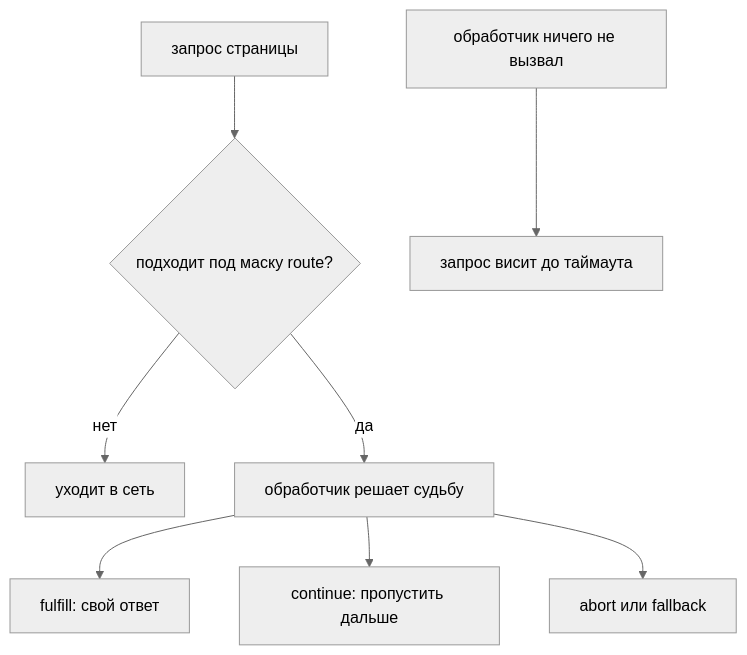
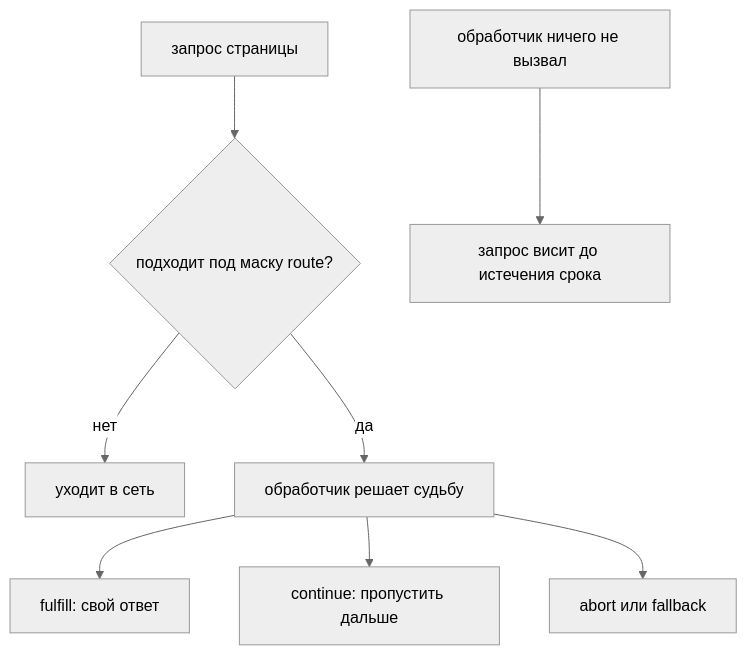
Before and after one commit to Bimba333/qa-js-ts-cookbook: the diagram in docs/03-automation-qa/184-network-interception-and-mocking.md, drawn with Mermaid (neutral theme). The commit also changed other lines of this file and 530 other files, not shown here.

````diff
--- a/docs/03-automation-qa/184-network-interception-and-mocking.md
+++ b/docs/03-automation-qa/184-network-interception-and-mocking.md
@@ -96,10 +96,10 @@
 ```mermaid
 flowchart TD
     A["запрос страницы"] --> B{"подходит под маску route?"}
     B -- "нет" --> C["уходит в сеть"]
     B -- "да" --> D["обработчик решает судьбу"]
     D --> E["fulfill: свой ответ"]
     D --> F["continue: пропустить дальше"]
     D --> G["abort или fallback"]
-    H["обработчик ничего не вызвал"] --> I["запрос висит до таймаута"]
+    H["обработчик ничего не вызвал"] --> I["запрос висит до истечения срока"]
 ```
````
